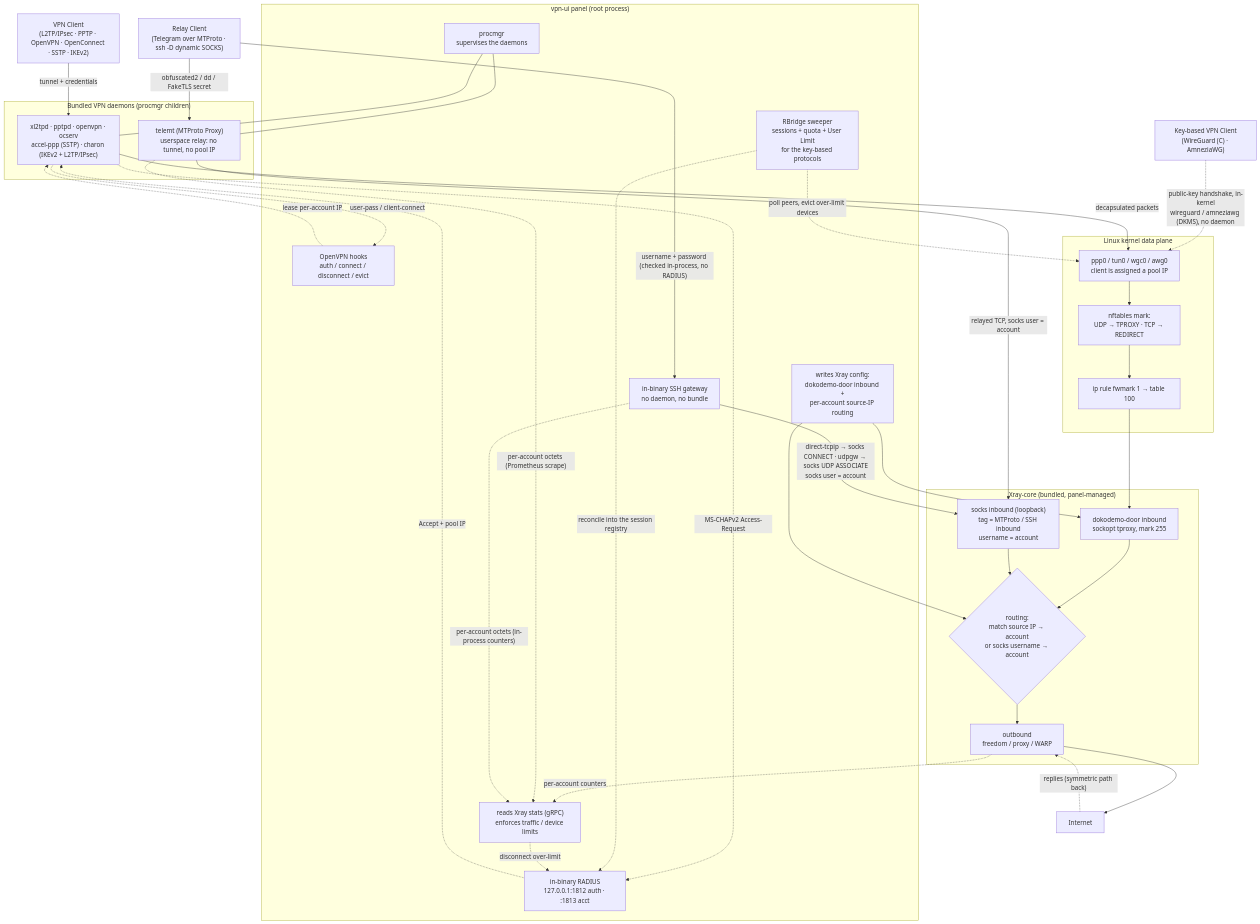
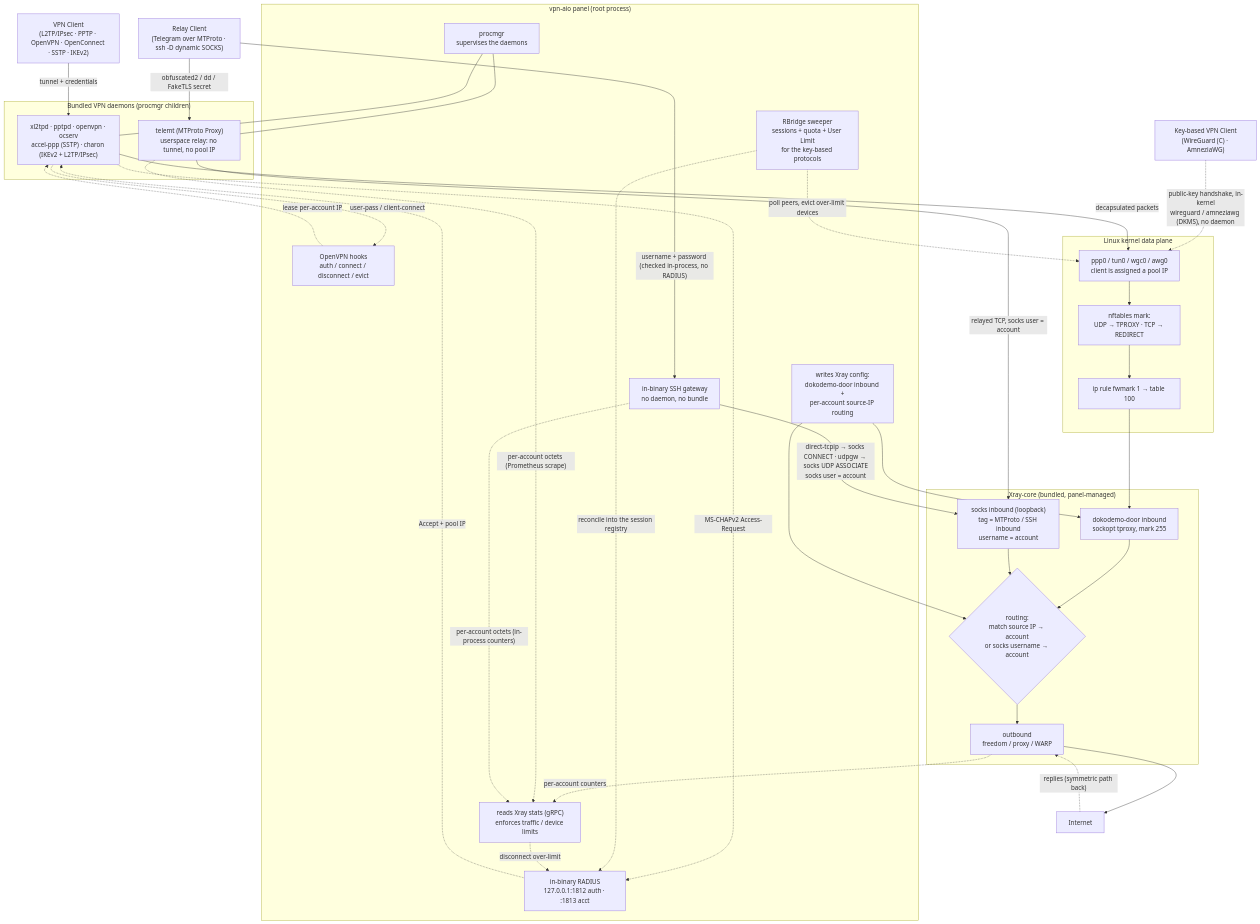
The diagram in docs/architecture/flowchart.md (robin808far/VPN-AIO), drawn with Mermaid before and after one commit. The commit also changed 239 other files, not shown here.

First line of the commit message:
release: VPN-AIO 7.0.1 (rename vpn-ui to vpn-aio with automatic migration; rebuild stale sing-box bundle)

````diff
--- a/docs/architecture/flowchart.md
+++ b/docs/architecture/flowchart.md
@@ -30,67 +30,67 @@
 ```mermaid
 flowchart TB
   Client["VPN Client<br/>(L2TP/IPsec · PPTP · OpenVPN · OpenConnect · SSTP · IKEv2)"]
   KClient["Key-based VPN Client<br/>(WireGuard (C) · AmneziaWG)"]
   RClient["Relay Client<br/>(Telegram over MTProto · ssh -D dynamic SOCKS)"]
 
-  subgraph PANEL["vpn-ui panel (root process)"]
+  subgraph PANEL["vpn-aio panel (root process)"]
     PROC["procmgr<br/>supervises the daemons"]
     RAD["in-binary RADIUS<br/>127.0.0.1:1812 auth · :1813 acct"]
     HOOK["OpenVPN hooks<br/>auth / connect / disconnect / evict"]
     RB["RBridge sweeper<br/>sessions + quota + User Limit<br/>for the key-based protocols"]
     SSHSRV["in-binary SSH gateway<br/>no daemon, no bundle"]
     CONF["writes Xray config:<br/>dokodemo-door inbound +<br/>per-account source-IP routing"]
     STAT["reads Xray stats (gRPC)<br/>enforces traffic / device limits"]
   end
 
   subgraph DAEMON["Bundled VPN daemons (procmgr children)"]
     D["xl2tpd · pptpd · openvpn · ocserv<br/>accel-ppp (SSTP) · charon (IKEv2 + L2TP/IPsec)"]
     MT["telemt (MTProto Proxy)<br/>userspace relay: no tunnel, no pool IP"]
   end
 
   subgraph KERNEL["Linux kernel data plane"]
     IFACE["ppp0 / tun0 / wgc0 / awg0<br/>client is assigned a pool IP"]
     NFT["nftables mark:<br/>UDP → TPROXY · TCP → REDIRECT"]
     RULE["ip rule fwmark 1 → table 100"]
   end
 
   subgraph XRAY["Xray-core (bundled, panel-managed)"]
     DOKO["dokodemo-door inbound<br/>sockopt tproxy, mark 255"]
     SOCKS["socks inbound (loopback)<br/>tag = MTProto / SSH inbound<br/>username = account"]
     ROUTE{"routing:<br/>match source IP → account<br/>or socks username → account"}
     OUT["outbound<br/>freedom / proxy / WARP"]
   end
 
   NET["Internet"]
 
   %% control plane
   Client -->|"tunnel + credentials"| D
   KClient -.->|"public-key handshake, in-kernel<br/>wireguard / amneziawg (DKMS), no daemon"| IFACE
   RClient -->|"obfuscated2 / dd / FakeTLS secret"| MT
   RClient -->|"username + password (checked in-process, no RADIUS)"| SSHSRV
   D -.->|"MS-CHAPv2 Access-Request"| RAD
   RAD -.->|"Accept + pool IP"| D
   D -.->|"user-pass / client-connect"| HOOK
   HOOK -.->|"lease per-account IP"| D
   RB -.->|"poll peers, evict over-limit devices"| IFACE
   RB -.->|"reconcile into the session registry"| RAD
   PROC --- D
   PROC --- MT
   CONF --> DOKO
   CONF --> ROUTE
 
   %% data plane
   D -->|"decapsulated packets"| IFACE
   IFACE --> NFT --> RULE --> DOKO
   DOKO --> ROUTE --> OUT --> NET
   MT -->|"relayed TCP, socks user = account"| SOCKS
   SSHSRV -->|"direct-tcpip → socks CONNECT · udpgw → socks UDP ASSOCIATE<br/>socks user = account"| SOCKS
   SOCKS --> ROUTE
 
   %% accounting + return
   OUT -.->|"per-account counters"| STAT
   MT -.->|"per-account octets (Prometheus scrape)"| STAT
   SSHSRV -.->|"per-account octets (in-process counters)"| STAT
   STAT -.->|"disconnect over-limit"| RAD
   NET -.->|"replies (symmetric path back)"| OUT
 ```
````
